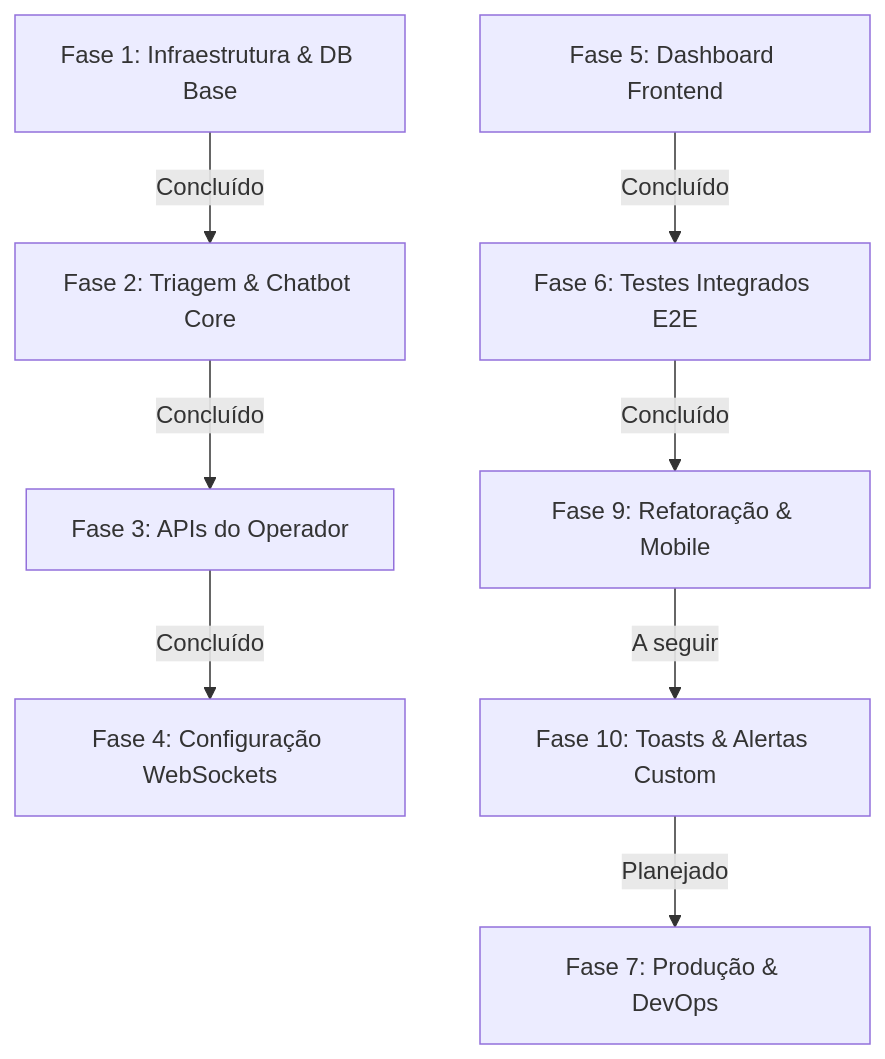
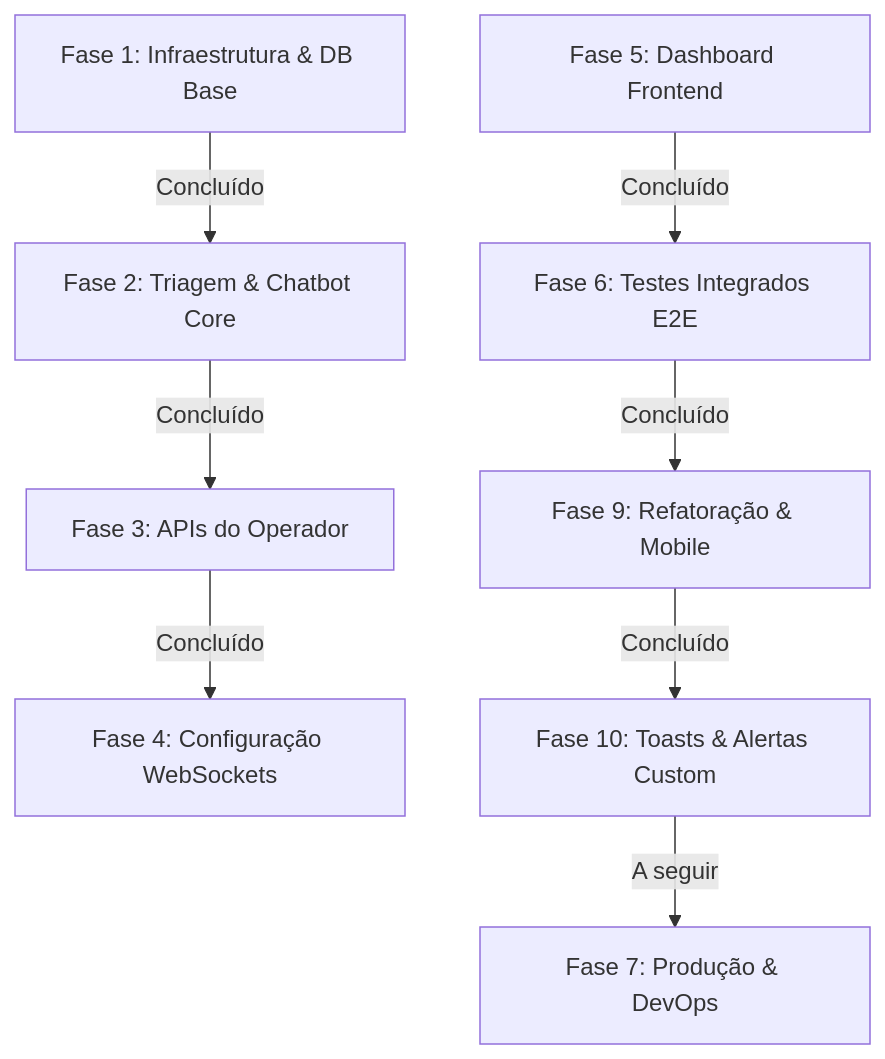
The diagram in docs/roadmap.md (Randygomesdev/Setoriza), drawn with Mermaid before and after one commit. The commit also changed other lines of this file, not shown here.

Commit message:
docs: mark Phase 10 as completed in roadmap

````diff
--- a/docs/roadmap.md
+++ b/docs/roadmap.md
@@ -9,10 +9,10 @@
 ```mermaid
 graph TD
     Phase1[Fase 1: Infraestrutura & DB Base] -->|Concluído| Phase2[Fase 2: Triagem & Chatbot Core]
     Phase2 -->|Concluído| Phase3[Fase 3: APIs do Operador]
     Phase3 -->|Concluído| Phase4[Fase 4: Configuração WebSockets]
     Phase5[Fase 5: Dashboard Frontend] -->|Concluído| Phase6[Fase 6: Testes Integrados E2E]
     Phase6 -->|Concluído| Phase9[Fase 9: Refatoração & Mobile]
-    Phase9 -->|A seguir| Phase10[Fase 10: Toasts & Alertas Custom]
-    Phase10 -->|Planejado| Phase7[Fase 7: Produção & DevOps]
+    Phase9 -->|Concluído| Phase10[Fase 10: Toasts & Alertas Custom]
+    Phase10 -->|A seguir| Phase7[Fase 7: Produção & DevOps]
 ```
````
